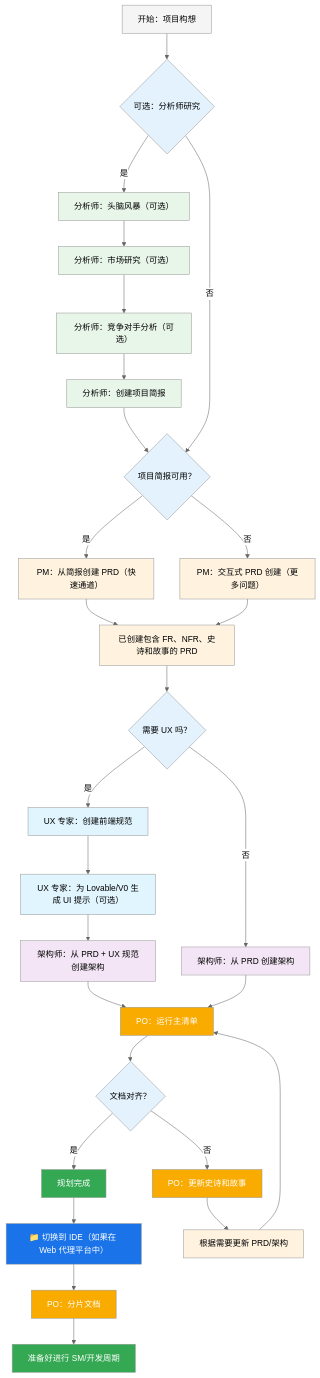
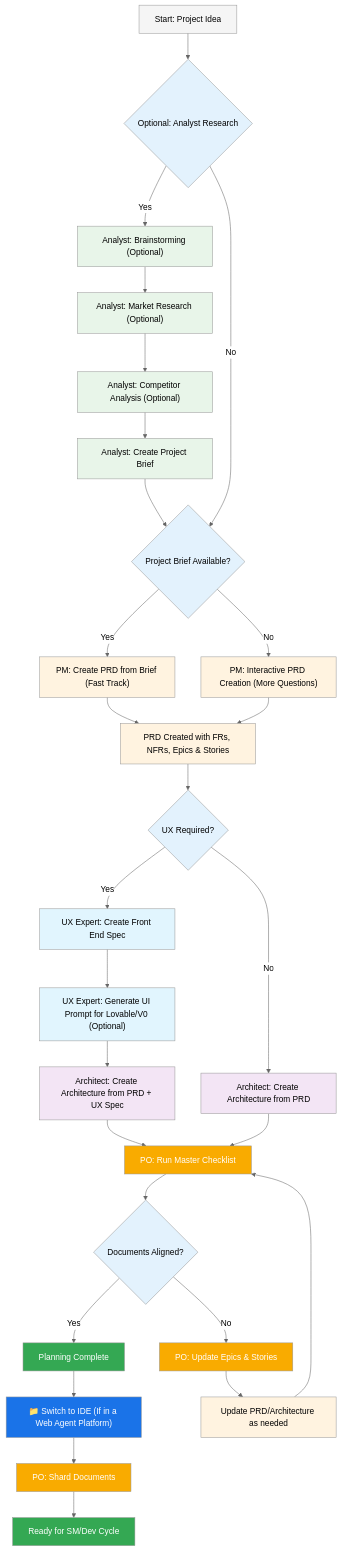
One commit to qiaoliang/shop-online-go changed the first of 2 diagrams in .bmad-core/user-guide.md. Above: the diagram before and after it, drawn with Mermaid (neutral theme). The commit also changed other lines of this file and 86 other files, not shown here.

````diff
--- a/.bmad-core/user-guide.md
+++ b/.bmad-core/user-guide.md
@@ -17,53 +17,53 @@
 ```mermaid
 graph TD
-    A["开始：项目构想"] --> B{"可选：分析师研究"}
-    B -->|是| C["分析师：头脑风暴（可选）"]
-    B -->|否| G{"项目简报可用？"}
-    C --> C2["分析师：市场研究（可选）"]
-    C2 --> C3["分析师：竞争对手分析（可选）"]
-    C3 --> D["分析师：创建项目简报"]
+    A["Start: Project Idea"] --> B{"Optional: Analyst Research"}
+    B -->|Yes| C["Analyst: Brainstorming (Optional)"]
+    B -->|No| G{"Project Brief Available?"}
+    C --> C2["Analyst: Market Research (Optional)"]
+    C2 --> C3["Analyst: Competitor Analysis (Optional)"]
+    C3 --> D["Analyst: Create Project Brief"]
     D --> G
-    G -->|是| E["PM：从简报创建 PRD（快速通道）"]
-    G -->|否| E2["PM：交互式 PRD 创建（更多问题）"]
-    E --> F["已创建包含 FR、NFR、史诗和故事的 PRD"]
+    G -->|Yes| E["PM: Create PRD from Brief (Fast Track)"]
+    G -->|No| E2["PM: Interactive PRD Creation (More Questions)"]
+    E --> F["PRD Created with FRs, NFRs, Epics & Stories"]
     E2 --> F
-    F --> F2{"需要 UX 吗？"}
-    F2 -->|是| F3["UX 专家：创建前端规范"]
-    F2 -->|否| H["架构师：从 PRD 创建架构"]
-    F3 --> F4["UX 专家：为 Lovable/V0 生成 UI 提示（可选）"]
-    F4 --> H2["架构师：从 PRD + UX 规范创建架构"]
-    H --> I["PO：运行主清单"]
+    F --> F2{"UX Required?"}
+    F2 -->|Yes| F3["UX Expert: Create Front End Spec"]
+    F2 -->|No| H["Architect: Create Architecture from PRD"]
+    F3 --> F4["UX Expert: Generate UI Prompt for Lovable/V0 (Optional)"]
+    F4 --> H2["Architect: Create Architecture from PRD + UX Spec"]
+    H --> I["PO: Run Master Checklist"]
     H2 --> I
-    I --> J{"文档对齐？"}
-    J -->|是| K["规划完成"]
-    J -->|否| L["PO：更新史诗和故事"]
-    L --> M["根据需要更新 PRD/架构"]
+    I --> J{"Documents Aligned?"}
+    J -->|Yes| K["Planning Complete"]
+    J -->|No| L["PO: Update Epics & Stories"]
+    L --> M["Update PRD/Architecture as needed"]
     M --> I
-    K --> N["📁 切换到 IDE（如果在 Web 代理平台中）"]
-    N --> O["PO：分片文档"]
-    O --> P["准备好进行 SM/开发周期"]
+    K --> N["📁 Switch to IDE (If in a Web Agent Platform)"]
+    N --> O["PO: Shard Documents"]
+    O --> P["Ready for SM/Dev Cycle"]
 
     style A fill:#f5f5f5,color:#000
     style B fill:#e3f2fd,color:#000
     style C fill:#e8f5e9,color:#000
     style C2 fill:#e8f5e9,color:#000
     style C3 fill:#e8f5e9,color:#000
     style D fill:#e8f5e9,color:#000
     style E fill:#fff3e0,color:#000
     style E2 fill:#fff3e0,color:#000
     style F fill:#fff3e0,color:#000
     style F2 fill:#e3f2fd,color:#000
     style F3 fill:#e1f5fe,color:#000
     style F4 fill:#e1f5fe,color:#000
     style G fill:#e3f2fd,color:#000
     style H fill:#f3e5f5,color:#000
     style H2 fill:#f3e5f5,color:#000
     style I fill:#f9ab00,color:#fff
     style J fill:#e3f2fd,color:#000
     style K fill:#34a853,color:#fff
     style L fill:#f9ab00,color:#fff
     style M fill:#fff3e0,color:#000
     style N fill:#1a73e8,color:#fff
     style O fill:#f9ab00,color:#fff
     style P fill:#34a853,color:#fff
 ```
````
